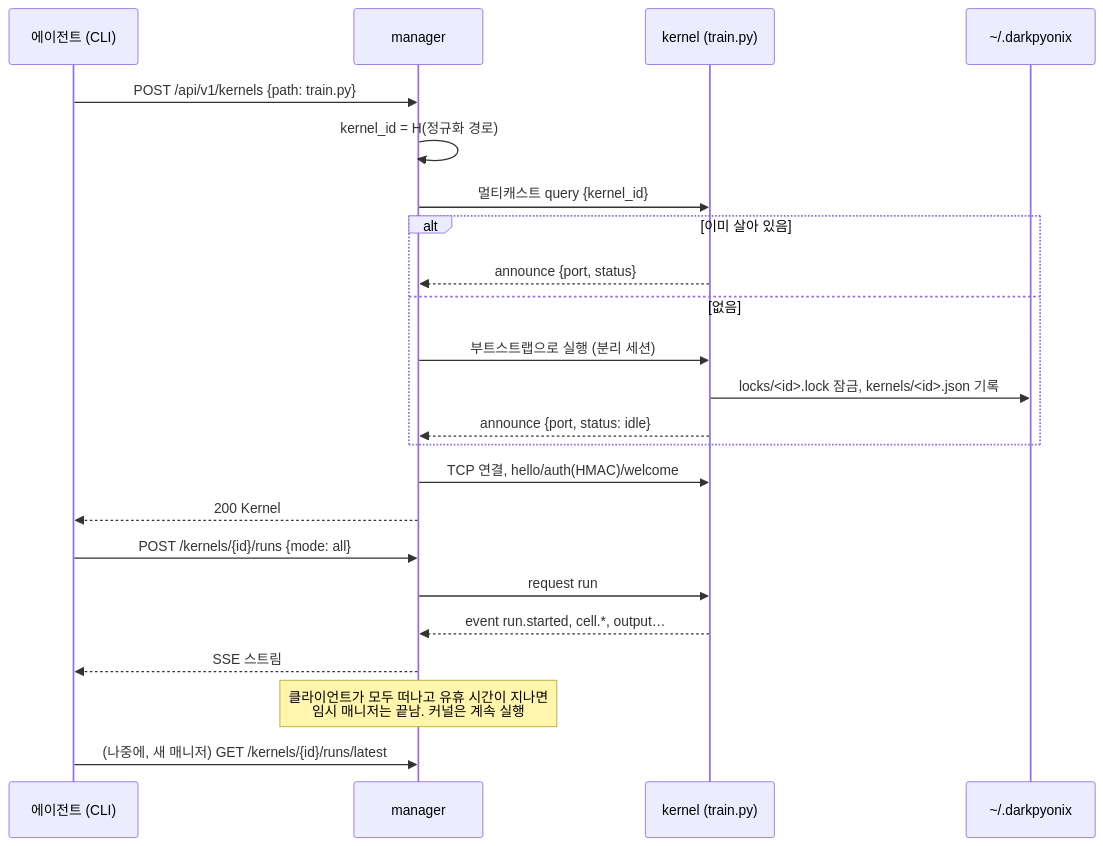
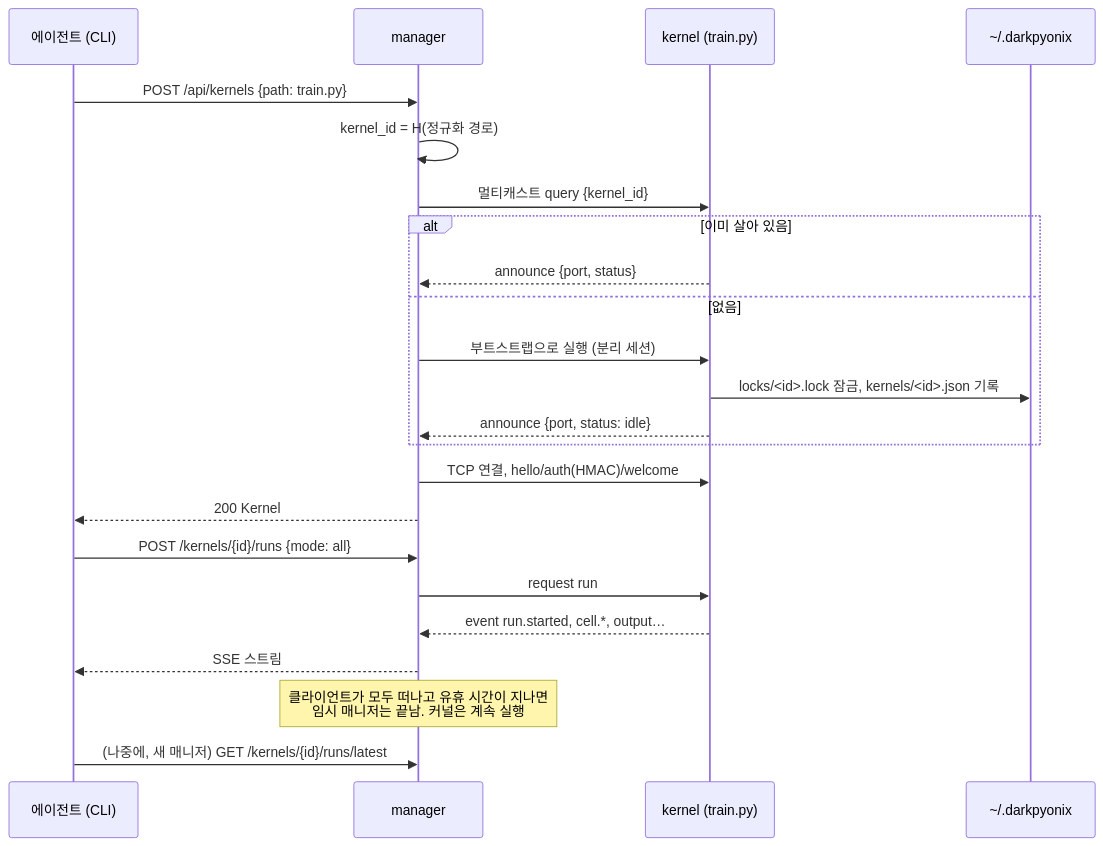
One commit to DarkPyonix/darkpyonix changed the fourth of 5 diagrams in docs/ARCHITECTURE.md. Above: the diagram before and after it, drawn with Mermaid. The commit also changed 5 other files, not shown here.

````diff
--- a/docs/ARCHITECTURE.md
+++ b/docs/ARCHITECTURE.md
@@ -114,26 +114,26 @@
 ```mermaid
 sequenceDiagram
   participant A as 에이전트 (CLI)
   participant M as manager
   participant K as kernel (train.py)
   participant FS as ~/.darkpyonix
 
-  A->>M: POST /api/v1/kernels {path: train.py}
+  A->>M: POST /api/kernels {path: train.py}
   M->>M: kernel_id = H(정규화 경로)
   M->>K: 멀티캐스트 query {kernel_id}
   alt 이미 살아 있음
     K-->>M: announce {port, status}
   else 없음
     M->>K: 부트스트랩으로 실행 (분리 세션)
     K->>FS: locks/<id>.lock 잠금, kernels/<id>.json 기록
     K-->>M: announce {port, status: idle}
   end
   M->>K: TCP 연결, hello/auth(HMAC)/welcome
   M-->>A: 200 Kernel
   A->>M: POST /kernels/{id}/runs {mode: all}
   M->>K: request run
   K-->>M: event run.started, cell.*, output…
   M-->>A: SSE 스트림
   Note over M: 클라이언트가 모두 떠나고 유휴 시간이 지나면<br/>임시 매니저는 끝남. 커널은 계속 실행
   A->>M: (나중에, 새 매니저) GET /kernels/{id}/runs/latest
 ```
````
